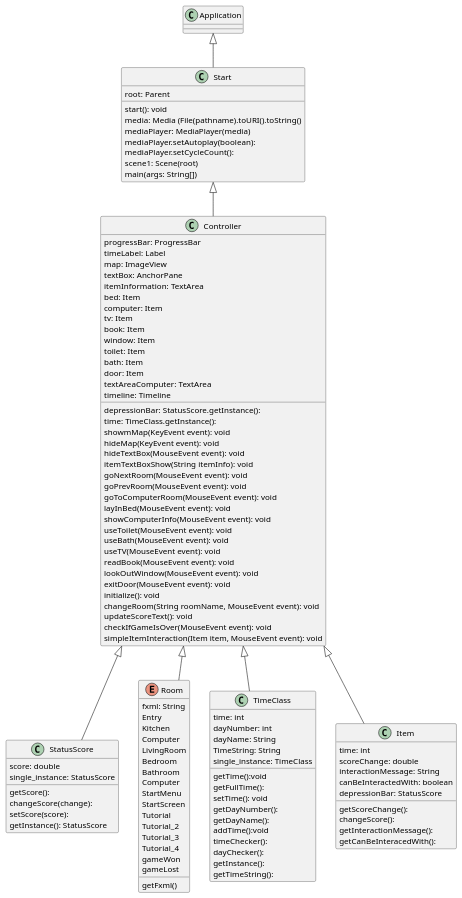
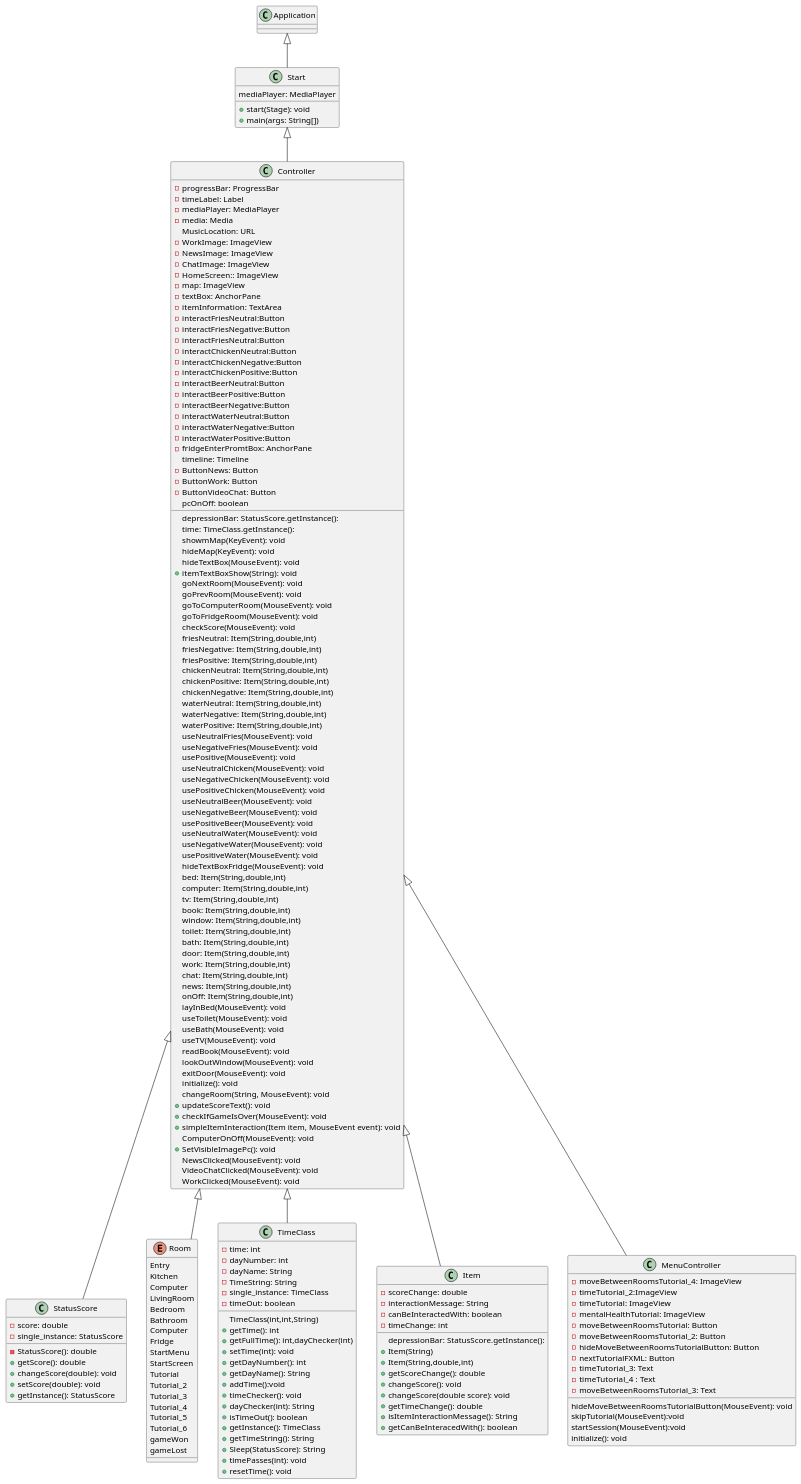
Before and after one commit to Oliver-Heine/SDU-T4-4: the diagram in UML/GUI.puml, drawn with PlantUML.

```diff
--- a/UML/GUI.puml
+++ b/UML/GUI.puml
@@ -16,36 +16,36 @@
 
 
 class TimeClass{
-time: int
-dayNumber: int
-dayName: String
-TimeString: String
-single_instance: TimeClass
-getTime():void
-getFullTime():
-setTime(): void
-getDayNumber():
-getDayName():
-addTime():void
-timeChecker():
-dayChecker():
-getInstance():
-getTimeString():
+-time: int
+-dayNumber: int
+-dayName: String
+-TimeString: String
+-single_instance: TimeClass
+-timeOut: boolean
+TimeClass(int,int,String)
++getTime(): int
++getFullTime(): int,dayChecker(int)
++setTime(int): void
++getDayNumber(): int
++getDayName(): String
++addTime():void
++timeChecker(): void
++dayChecker(int): String
++isTimeOut(): boolean
++getInstance(): TimeClass
++getTimeString(): String
++Sleep(StatusScore): String
++timePasses(int): void
++resetTime(): void
 }
 
 class Start extends Application {
-start(): void
-root: Parent
-media: Media (File(pathname).toURI().toString()
-mediaPlayer: MediaPlayer(media)
-mediaPlayer.setAutoplay(boolean):
-mediaPlayer.setCycleCount():
-scene1: Scene(root)
-main(args: String[])
+mediaPlayer: MediaPlayer
++start(Stage): void
++main(args: String[])
 }
 
 enum Room {
-fxml: String
 Entry
 Kitchen
 Computer
@@ -53,75 +53,155 @@
 Bedroom
 Bathroom
 Computer
+Fridge
 StartMenu
 StartScreen
 Tutorial
 Tutorial_2
 Tutorial_3
 Tutorial_4
+Tutorial_5
+Tutorial_6
 gameWon
 gameLost
-getFxml()
 }
 
 Class StatusScore {
-score: double
-single_instance: StatusScore
-getScore():
-changeScore(change):
-setScore(score):
-getInstance(): StatusScore
+-score: double
+-single_instance: StatusScore
+-StatusScore(): double
++getScore(): double
++changeScore(double): void
++setScore(double): void
++getInstance(): StatusScore
 }
 
 Class Item {
-time: int
-scoreChange: double
-interactionMessage: String
-canBeInteractedWith: boolean
-depressionBar: StatusScore
-getScoreChange():
-changeScore():
-getInteractionMessage():
-getCanBeInteracedWith():
+-scoreChange: double
+-interactionMessage: String
+-canBeInteractedWith: boolean
+-timeChange: int
+depressionBar: StatusScore.getInstance():
++Item(String)
++Item(String,double,int)
++getScoreChange(): double
++changeScore(): void
++changeScore(double score): void
++getTimeChange(): double
++isItemInteractionMessage(): String
++getCanBeInteracedWith(): boolean
 }
 
 Class Controller{
 depressionBar: StatusScore.getInstance():
 time: TimeClass.getInstance():
-progressBar: ProgressBar
-timeLabel: Label
-map: ImageView
-showmMap(KeyEvent event): void
-hideMap(KeyEvent event): void
-textBox: AnchorPane
-itemInformation: TextArea
-hideTextBox(MouseEvent event): void
-itemTextBoxShow(String itemInfo): void
-goNextRoom(MouseEvent event): void
-goPrevRoom(MouseEvent event): void
-goToComputerRoom(MouseEvent event): void
-bed: Item
-computer: Item
-tv: Item
-book: Item
-window: Item
-toilet: Item
-bath: Item
-door: Item
-layInBed(MouseEvent event): void
-textAreaComputer: TextArea
-showComputerInfo(MouseEvent event): void
-useToilet(MouseEvent event): void
-useBath(MouseEvent event): void
-useTV(MouseEvent event): void
-readBook(MouseEvent event): void
-lookOutWindow(MouseEvent event): void
-exitDoor(MouseEvent event): void
+-progressBar: ProgressBar
+-timeLabel: Label
+-mediaPlayer: MediaPlayer
+-media: Media
+MusicLocation: URL
+-WorkImage: ImageView
+-NewsImage: ImageView
+-ChatImage: ImageView
+-HomeScreen:: ImageView
+-map: ImageView
+showmMap(KeyEvent): void
+hideMap(KeyEvent): void
+-textBox: AnchorPane
+-itemInformation: TextArea
+hideTextBox(MouseEvent): void
++itemTextBoxShow(String): void
+goNextRoom(MouseEvent): void
+goPrevRoom(MouseEvent): void
+goToComputerRoom(MouseEvent): void
+-interactFriesNeutral:Button
+-interactFriesNegative:Button
+-interactFriesNeutral:Button
+-interactChickenNeutral:Button
+-interactChickenNegative:Button
+-interactChickenPositive:Button
+-interactBeerNeutral:Button
+-interactBeerPositive:Button
+-interactBeerNegative:Button
+-interactWaterNeutral:Button
+-interactWaterNegative:Button
+-interactWaterPositive:Button
+-fridgeEnterPromtBox: AnchorPane
+goToFridgeRoom(MouseEvent): void
+checkScore(MouseEvent): void
+friesNeutral: Item(String,double,int)
+friesNegative: Item(String,double,int)
+friesPositive: Item(String,double,int)
+chickenNeutral: Item(String,double,int)
+chickenPositive: Item(String,double,int)
+chickenNegative: Item(String,double,int)
+waterNeutral: Item(String,double,int)
+waterNegative: Item(String,double,int)
+waterPositive: Item(String,double,int)
+useNeutralFries(MouseEvent): void
+useNegativeFries(MouseEvent): void
+usePositive(MouseEvent): void
+useNeutralChicken(MouseEvent): void
+useNegativeChicken(MouseEvent): void
+usePositiveChicken(MouseEvent): void
+useNeutralBeer(MouseEvent): void
+useNegativeBeer(MouseEvent): void
+usePositiveBeer(MouseEvent): void
+useNeutralWater(MouseEvent): void
+useNegativeWater(MouseEvent): void
+usePositiveWater(MouseEvent): void
+hideTextBoxFridge(MouseEvent): void
+bed: Item(String,double,int)
+computer: Item(String,double,int)
+tv: Item(String,double,int)
+book: Item(String,double,int)
+window: Item(String,double,int)
+toilet: Item(String,double,int)
+bath: Item(String,double,int)
+door: Item(String,double,int)
+work: Item(String,double,int)
+chat: Item(String,double,int)
+news: Item(String,double,int)
+onOff: Item(String,double,int)
+layInBed(MouseEvent): void
+useToilet(MouseEvent): void
+useBath(MouseEvent): void
+useTV(MouseEvent): void
+readBook(MouseEvent): void
+lookOutWindow(MouseEvent): void
+exitDoor(MouseEvent): void
 initialize(): void
-changeRoom(String roomName, MouseEvent event): void
-updateScoreText(): void
+changeRoom(String, MouseEvent): void
++updateScoreText(): void
 timeline: Timeline
-checkIfGameIsOver(MouseEvent event): void
-simpleItemInteraction(Item item, MouseEvent event): void
++checkIfGameIsOver(MouseEvent): void
++simpleItemInteraction(Item item, MouseEvent event): void
+-ButtonNews: Button
+-ButtonWork: Button
+-ButtonVideoChat: Button
+pcOnOff: boolean
+ComputerOnOff(MouseEvent): void
++SetVisibleImagePc(): void
+NewsClicked(MouseEvent): void
+VideoChatClicked(MouseEvent): void
+WorkClicked(MouseEvent): void
+}
+
+Class MenuController extends Controller{
+-moveBetweenRoomsTutorial_4: ImageView
+-timeTutorial_2:ImageView
+-timeTutorial: ImageView
+-mentalHealthTutorial: ImageView
+-moveBetweenRoomsTutorial: Button
+-moveBetweenRoomsTutorial_2: Button
+-hideMoveBetweenRoomsTutorialButton: Button
+-nextTutorialFXML: Button
+-timeTutorial_3: Text
+-timeTutorial_4 : Text
+-moveBetweenRoomsTutorial_3: Text
+hideMoveBetweenRoomsTutorialButton(MouseEvent): void
+skipTutorial(MouseEvent):void
+startSession(MouseEvent):void
+initialize(): void
 }
 @enduml
```
